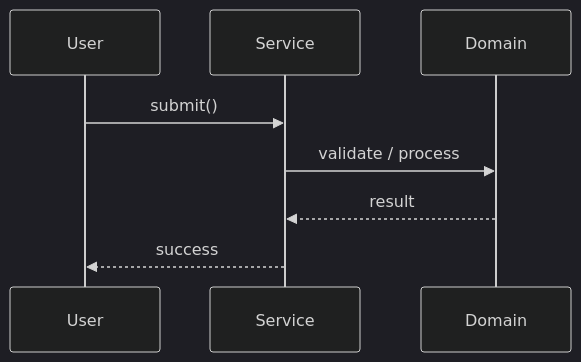
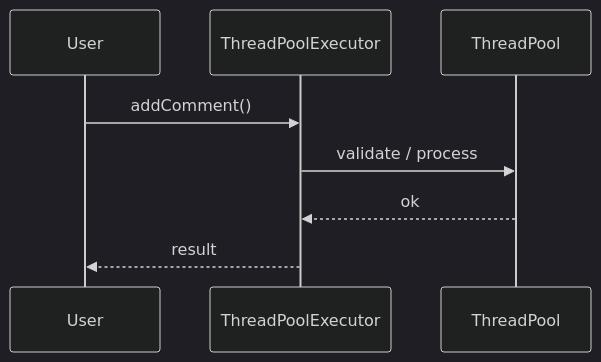
One commit to madhupaila/Interview-Prep-SSE changed the second of 3 diagrams in Learn/System Design - Low Level Design/04-concurrency-lld/questions/Q07-thread-pool-executor.md. Above: the diagram before and after it, drawn with Mermaid (dark theme). The commit also changed other lines of this file and 491 other files, not shown here.

````diff
--- a/Learn/System Design - Low Level Design/04-concurrency-lld/questions/Q07-thread-pool-executor.md
+++ b/Learn/System Design - Low Level Design/04-concurrency-lld/questions/Q07-thread-pool-executor.md
@@ -120,10 +145,10 @@
 ```mermaid
 sequenceDiagram
-    participant U as User
-    participant S as Service
-    participant D as Domain
-    U->>S: submit()
-    S->>D: validate / process
-    D-->>S: result
-    S-->>U: success
+participant U as User
+participant S as ThreadPoolExecutor
+participant D as ThreadPool
+U->>S: addComment()
+S->>D: validate / process
+D-->>S: ok
+S-->>U: result
 ```
````
